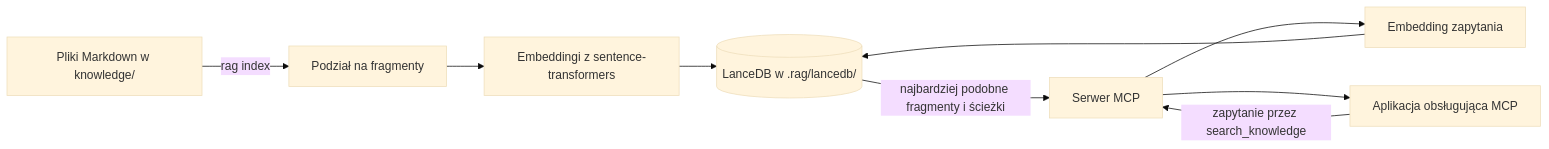
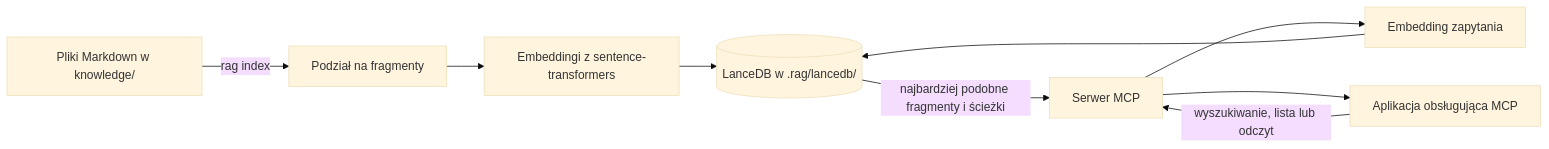
The diagram in README.md (01miru/simple-rag), drawn with Mermaid (base theme) before and after one commit. The commit also changed other lines of this file and 3 other files, not shown here.

````diff
--- a/README.md
+++ b/README.md
@@ -11,11 +11,11 @@
 ```mermaid
 flowchart LR
     A[Pliki Markdown w knowledge/] -->|rag index| B[Podział na fragmenty]
     B --> C[Embeddingi z sentence-transformers]
     C --> D[(LanceDB w .rag/lancedb/)]
-    E[Aplikacja obsługująca MCP] -->|zapytanie przez search_knowledge| F[Serwer MCP]
+    E[Aplikacja obsługująca MCP] -->|wyszukiwanie, lista lub odczyt| F[Serwer MCP]
     F --> G[Embedding zapytania]
     G --> D
     D -->|najbardziej podobne fragmenty i ścieżki| F
     F --> E
 ```
````
